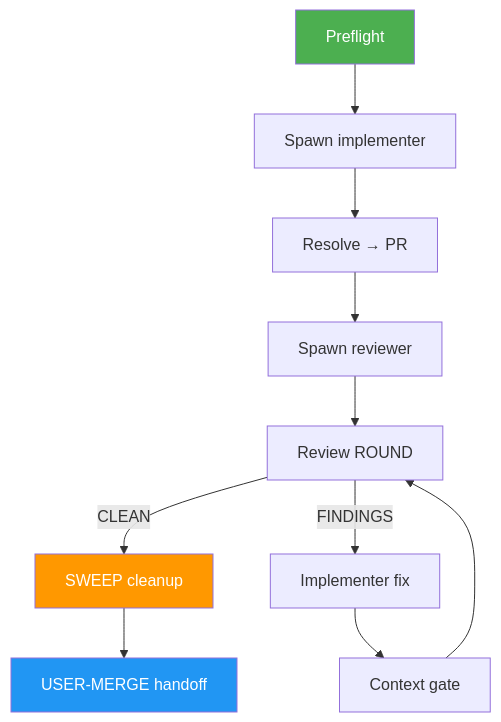
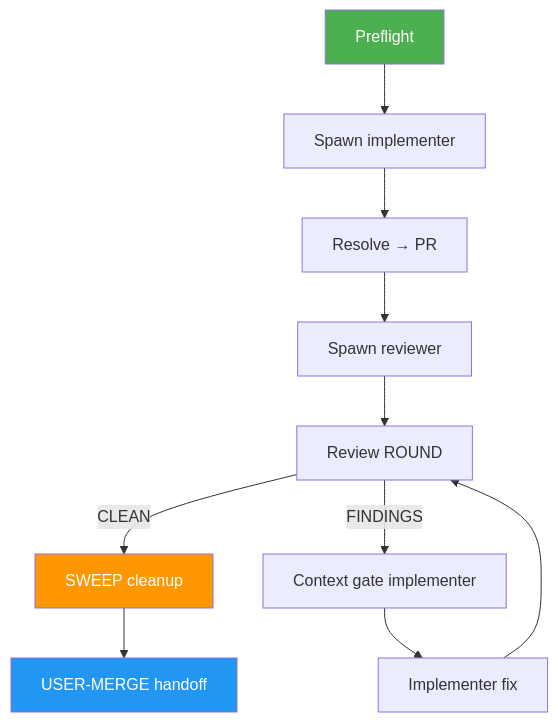
One commit to luongnv89/skills changed the diagram in skills/issue-work-loop/docs/README.md. Above: the diagram before and after it, drawn with Mermaid. The commit also changed 3 other files, not shown here.

First line of the commit message:
docs(issue-work-loop): sync catalog version and flow diagram to 1.1.3

````diff
--- a/skills/issue-work-loop/docs/README.md
+++ b/skills/issue-work-loop/docs/README.md
@@ -33,15 +33,15 @@
 ```mermaid
 graph TD
     A["Preflight"] --> B["Spawn implementer"]
     B --> C["Resolve → PR"]
     C --> D["Spawn reviewer"]
     D --> E["Review ROUND"]
     E -->|CLEAN| S["SWEEP cleanup"]
-    E -->|FINDINGS| G["Implementer fix"]
-    G --> H["Context gate"]
+    E -->|FINDINGS| G["Context gate implementer"]
+    G --> H["Implementer fix"]
     H --> E
     S --> F["USER-MERGE handoff"]
     style A fill:#4CAF50,color:#fff
     style S fill:#FF9800,color:#fff
     style F fill:#2196F3,color:#fff
 ```
````
